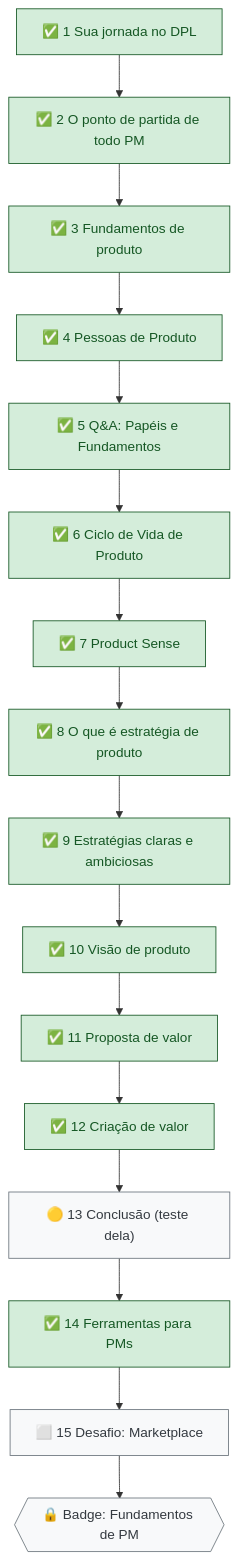
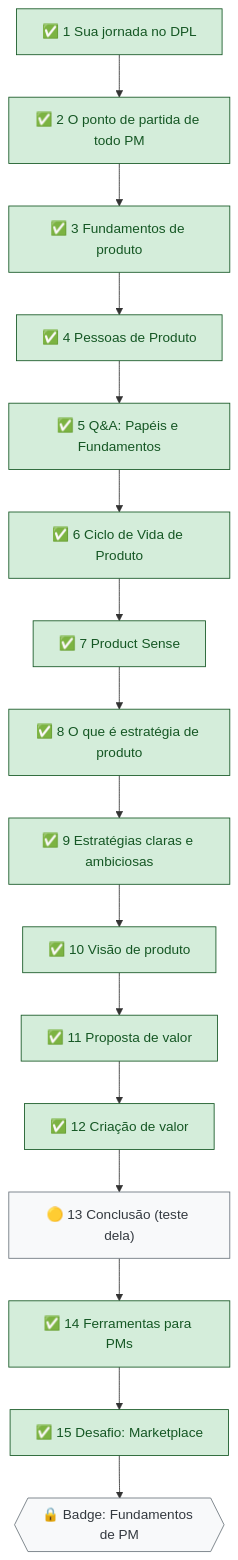
One commit to letsprown-code/po-learning-journal changed the second of 2 diagrams in mapa-de-estudos.md. Above: the diagram before and after it, drawn with Mermaid. The commit also changed other lines of this file and 4 other files, not shown here.

```diff
--- a/mapa-de-estudos.md
+++ b/mapa-de-estudos.md
@@ -42,13 +42,13 @@
 ~~~mermaid
 flowchart TD
     L1["✅ 1 Sua jornada no DPL"] --> L2["✅ 2 O ponto de partida de todo PM"] --> L3["✅ 3 Fundamentos de produto"]
     L3 --> L4["✅ 4 Pessoas de Produto"] --> L5["✅ 5 Q&A: Papéis e Fundamentos"] --> L6["✅ 6 Ciclo de Vida de Produto"]
     L6 --> L7["✅ 7 Product Sense"] --> L8["✅ 8 O que é estratégia de produto"] --> L9["✅ 9 Estratégias claras e ambiciosas"]
     L9 --> L10["✅ 10 Visão de produto"] --> L11["✅ 11 Proposta de valor"] --> L12["✅ 12 Criação de valor"]
-    L12 --> L13["🟡 13 Conclusão (teste dela)"] --> L14["✅ 14 Ferramentas para PMs"] --> L15["⬜ 15 Desafio: Marketplace"]
+    L12 --> L13["🟡 13 Conclusão (teste dela)"] --> L14["✅ 14 Ferramentas para PMs"] --> L15["✅ 15 Desafio: Marketplace"]
     L15 --> B{{"🔒 Badge: Fundamentos de PM"}}
     classDef done fill:#d4edda,stroke:#155724,color:#155724
     classDef todo fill:#f8f9fa,stroke:#6c757d,color:#343a40
-    class L1,L2,L3,L4,L5,L6,L7,L8,L9,L10,L11,L12,L14 done
-    class L13,L15,B todo
+    class L1,L2,L3,L4,L5,L6,L7,L8,L9,L10,L11,L12,L14,L15 done
+    class L13,B todo
 ~~~
```
